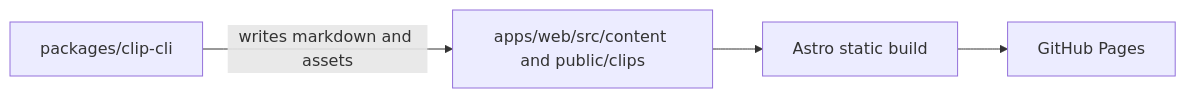
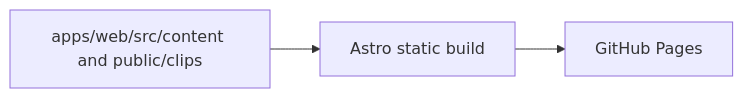
Before and after one commit to iamrajjoshi/clip: the diagram in docs/architecture.md, drawn with Mermaid. The commit also changed other lines of this file and 2 other files, not shown here.

Commit message:
docs: update clip repo docs for site-only structure after CLI split

````diff
--- a/docs/architecture.md
+++ b/docs/architecture.md
@@ -3,6 +3,5 @@
 ```mermaid
 flowchart LR
-  CLI["packages/clip-cli"] -->|writes markdown and assets| Content["apps/web/src/content and public/clips"]
-  Content --> Astro["Astro static build"]
+  Content["apps/web/src/content and public/clips"] --> Astro["Astro static build"]
   Astro --> Pages["GitHub Pages"]
 ```
````
